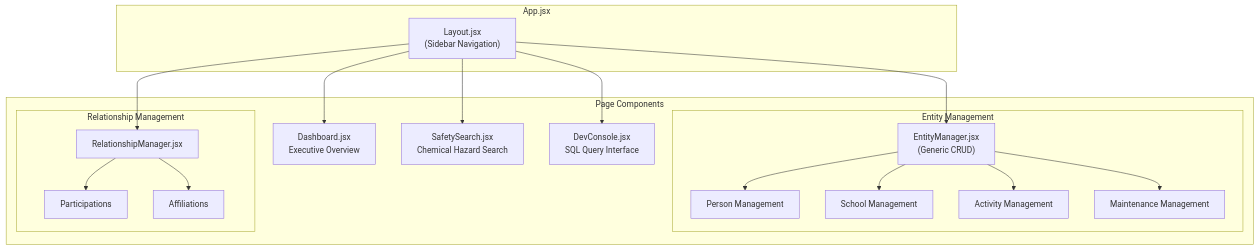
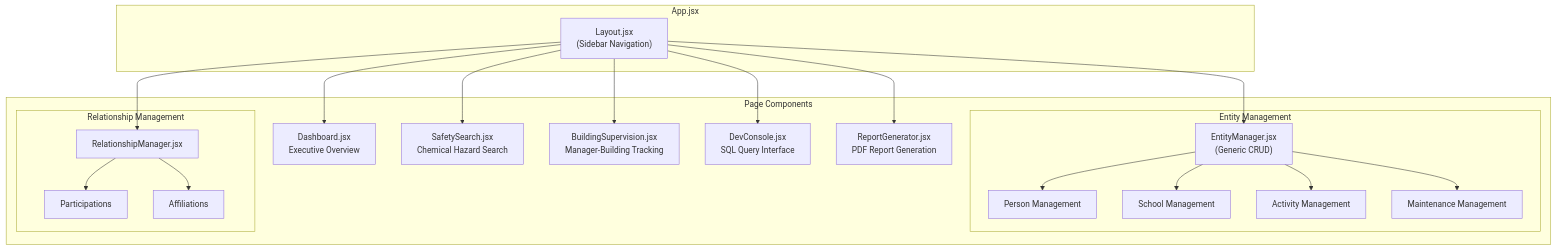
The ninth of 14 diagrams in PROJECT_REPORT.md (HaochenFa/COMP2411_DBMS_CMMS_GroupProject), drawn with Mermaid before and after one commit. The commit also changed other lines of this file, not shown here.

Commit message:
Docs (project report): PROJECT_REPORT.md

````diff
--- a/PROJECT_REPORT.md
+++ b/PROJECT_REPORT.md
@@ -547,35 +562,39 @@
 ```mermaid
 flowchart TB
     subgraph App["App.jsx"]
         Layout["Layout.jsx<br/>(Sidebar Navigation)"]
     end
 
     subgraph Pages["Page Components"]
         Dashboard["Dashboard.jsx<br/>Executive Overview"]
 
         subgraph EntityMgmt["Entity Management"]
             EM["EntityManager.jsx<br/>(Generic CRUD)"]
             PM["Person Management"]
             SM["School Management"]
             AM["Activity Management"]
             MM["Maintenance Management"]
         end
 
         subgraph RelMgmt["Relationship Management"]
             RM["RelationshipManager.jsx"]
             Part["Participations"]
             Aff["Affiliations"]
         end
 
         SS["SafetySearch.jsx<br/>Chemical Hazard Search"]
+        BS["BuildingSupervision.jsx<br/>Manager-Building Tracking"]
         DC["DevConsole.jsx<br/>SQL Query Interface"]
+        RG["ReportGenerator.jsx<br/>PDF Report Generation"]
     end
 
     Layout --> Dashboard
     Layout --> EM
     EM --> PM & SM & AM & MM
     Layout --> RM
     RM --> Part & Aff
     Layout --> SS
+    Layout --> BS
     Layout --> DC
+    Layout --> RG
 ```
````
